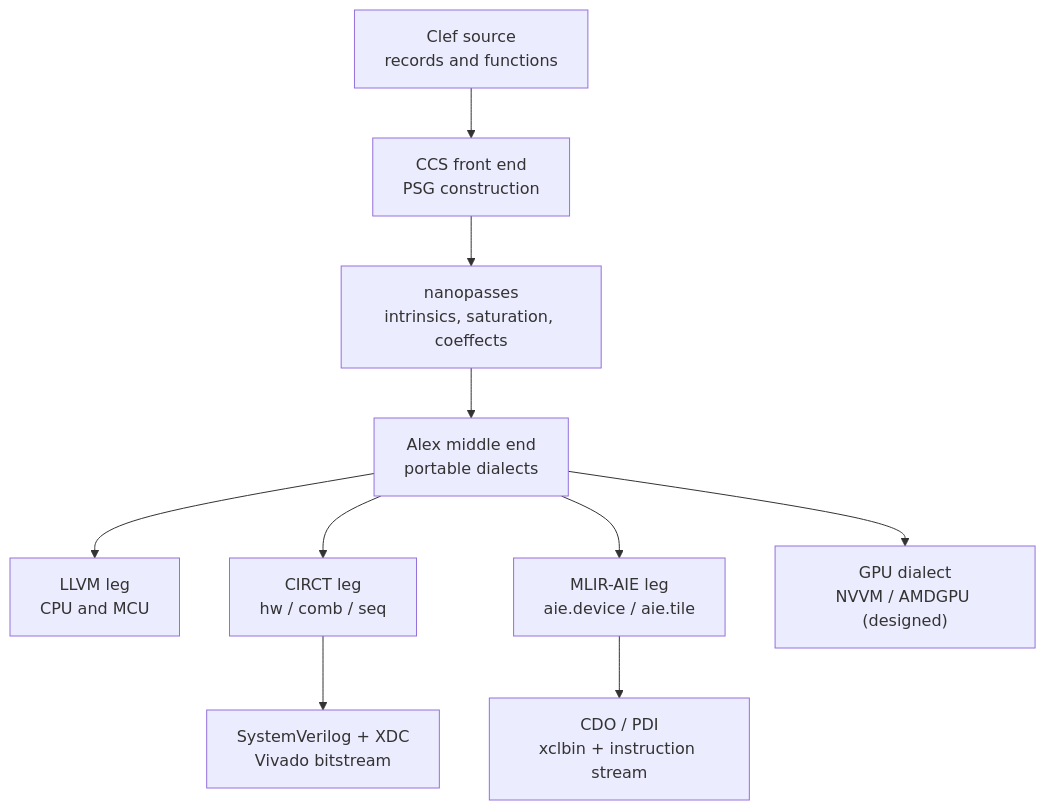
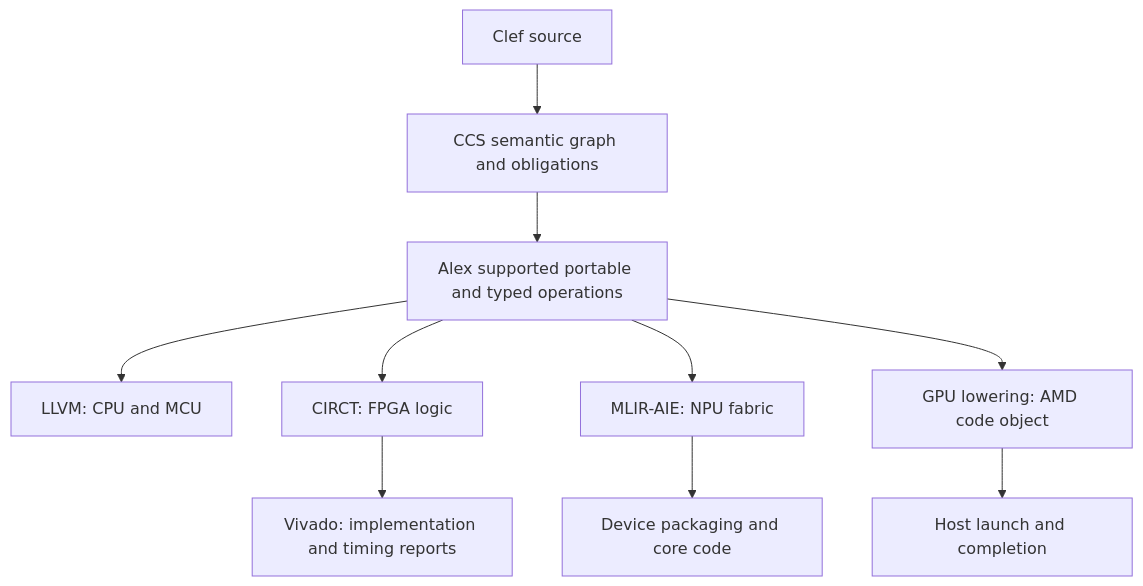
The diagram in hugo/content/docs/internals/hardware/bring-up-beyond-the-cpu.md (FidelityFramework/clef-lang-site), drawn with Mermaid before and after one commit. The commit also changed other lines of this file and 18 other files, not shown here.

````diff
--- a/hugo/content/docs/internals/hardware/bring-up-beyond-the-cpu.md
+++ b/hugo/content/docs/internals/hardware/bring-up-beyond-the-cpu.md
@@ -21,12 +29,12 @@
 ```mermaid
 flowchart TB
-    SRC["Clef source<br/>records and functions"] --> CCS["CCS front end<br/>PSG construction"]
-    CCS --> NP["nanopasses<br/>intrinsics, saturation, coeffects"]
-    NP --> ALEX["Alex middle end<br/>portable dialects"]
-    ALEX --> LLVM["LLVM leg<br/>CPU and MCU"]
-    ALEX --> CIRCT["CIRCT leg<br/>hw / comb / seq"]
-    ALEX --> AIE["MLIR-AIE leg<br/>aie.device / aie.tile"]
-    ALEX --> GPUd["GPU dialect<br/>NVVM / AMDGPU (designed)"]
-    CIRCT --> BIT["SystemVerilog + XDC<br/>Vivado bitstream"]
-    AIE --> XCL["CDO / PDI<br/>xclbin + instruction stream"]
+    SRC["Clef source"] --> CCS["CCS semantic graph and obligations"]
+    CCS --> ALEX["Alex supported portable and typed operations"]
+    ALEX --> LLVM["LLVM: CPU and MCU"]
+    ALEX --> CIRCT["CIRCT: FPGA logic"]
+    ALEX --> AIE["MLIR-AIE: NPU fabric"]
+    ALEX --> GPU["GPU lowering: AMD code object"]
+    CIRCT --> VIVADO["Vivado: implementation and timing reports"]
+    AIE --> PACK["Device packaging and core code"]
+    GPU --> HOST["Host launch and completion"]
 ```
````
